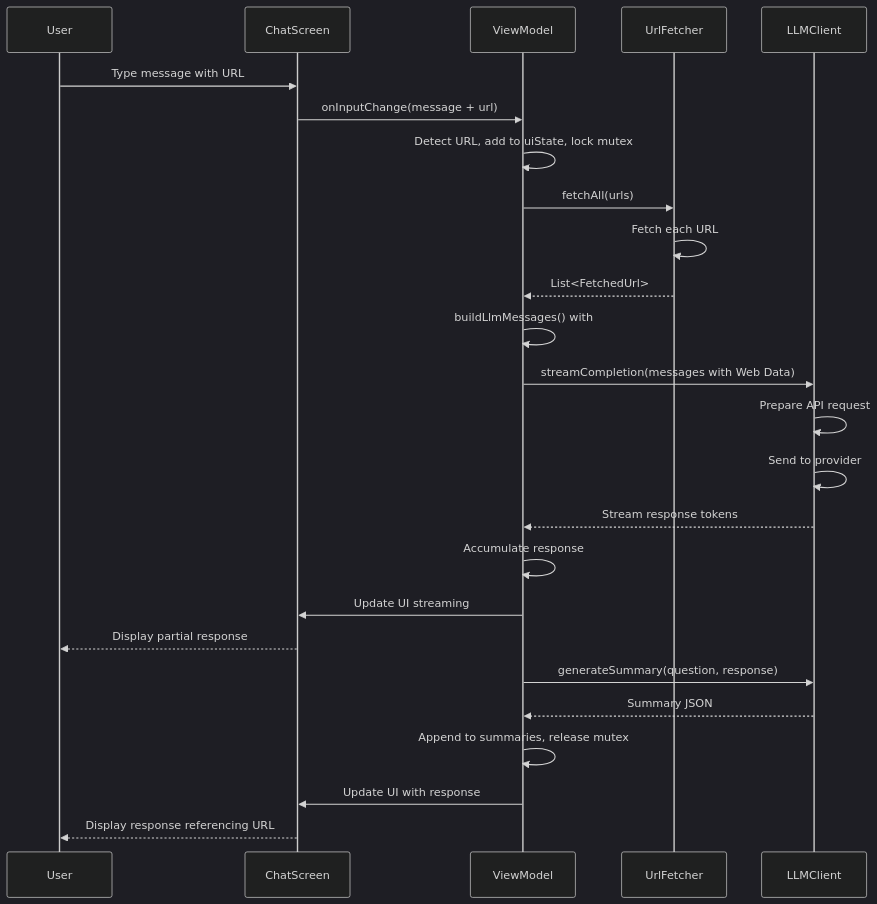
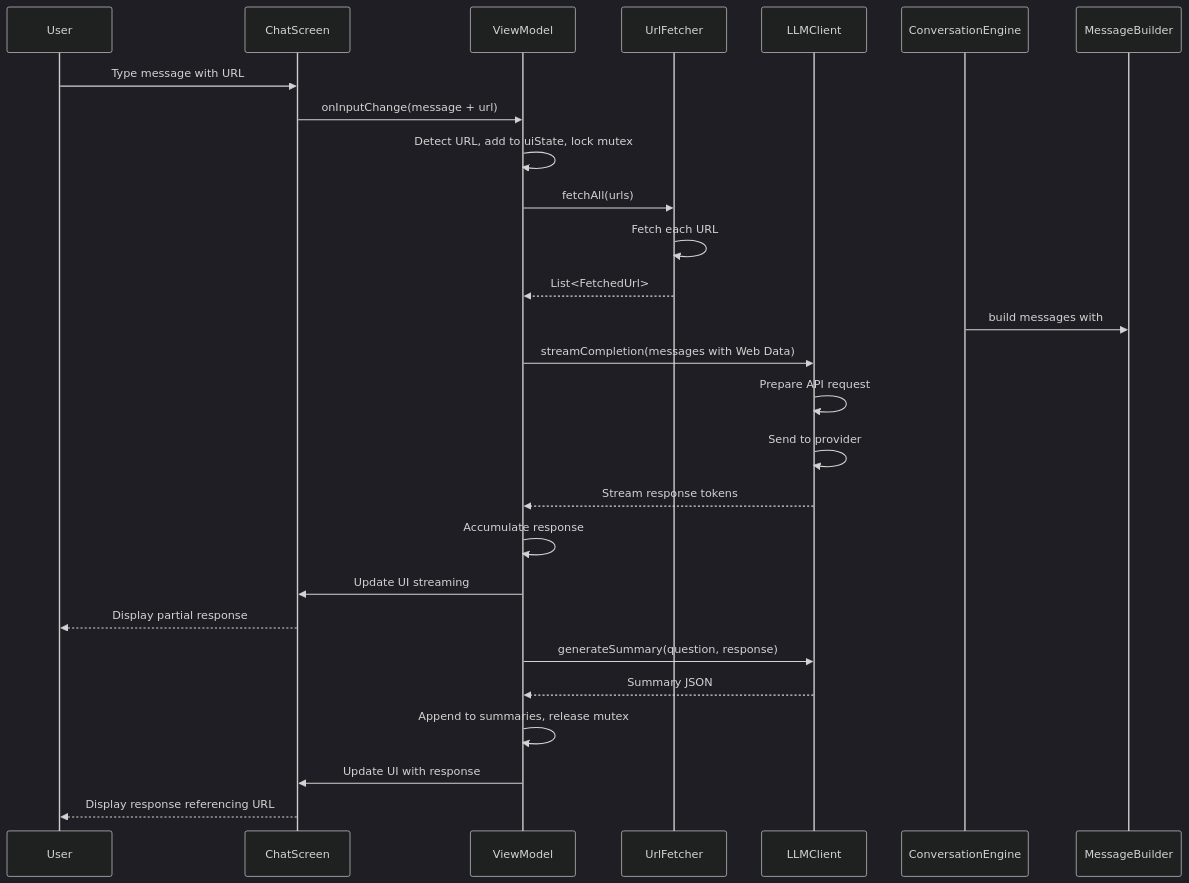
The third of 10 diagrams in docs/seq_chat.md (lehoang318/buddy), drawn with Mermaid (dark theme) before and after one commit. The commit also changed other lines of this file and 169 other files, not shown here.

````diff
--- a/docs/seq_chat.md
+++ b/docs/seq_chat.md
@@ -86,28 +86,28 @@
 ```mermaid
 sequenceDiagram
     participant User
     participant ChatScreen
     participant ViewModel
     participant UrlFetcher
     participant LLMClient
 
     User->>ChatScreen: Type message with URL
     ChatScreen->>ViewModel: onInputChange(message + url)
     ViewModel->>ViewModel: Detect URL, add to uiState, lock mutex
     ViewModel->>UrlFetcher: fetchAll(urls)
     UrlFetcher->>UrlFetcher: Fetch each URL
     UrlFetcher-->>ViewModel: List<FetchedUrl>
-    ViewModel->>ViewModel: buildLlmMessages() with ## Web Data > Fetched URL
+    ConversationEngine->>MessageBuilder: build messages with ## Web Data > Fetched URL
     ViewModel->>LLMClient: streamCompletion(messages with Web Data)
     LLMClient->>LLMClient: Prepare API request
     LLMClient->>LLMClient: Send to provider
     LLMClient-->>ViewModel: Stream response tokens
     ViewModel->>ViewModel: Accumulate response
     ViewModel->>ChatScreen: Update UI streaming
     ChatScreen-->>User: Display partial response
     ViewModel->>LLMClient: generateSummary(question, response)
     LLMClient-->>ViewModel: Summary JSON
     ViewModel->>ViewModel: Append to summaries, release mutex
     ViewModel->>ChatScreen: Update UI with response
     ChatScreen-->>User: Display response referencing URL
 ```
````
